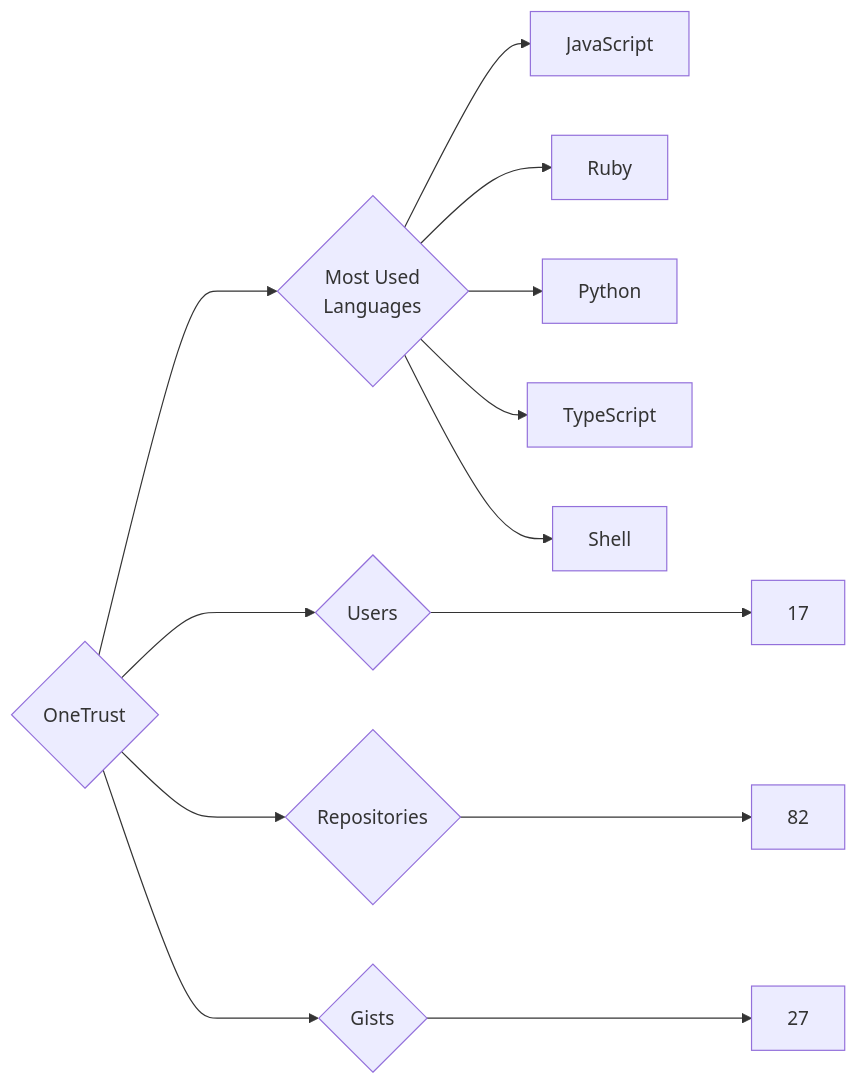
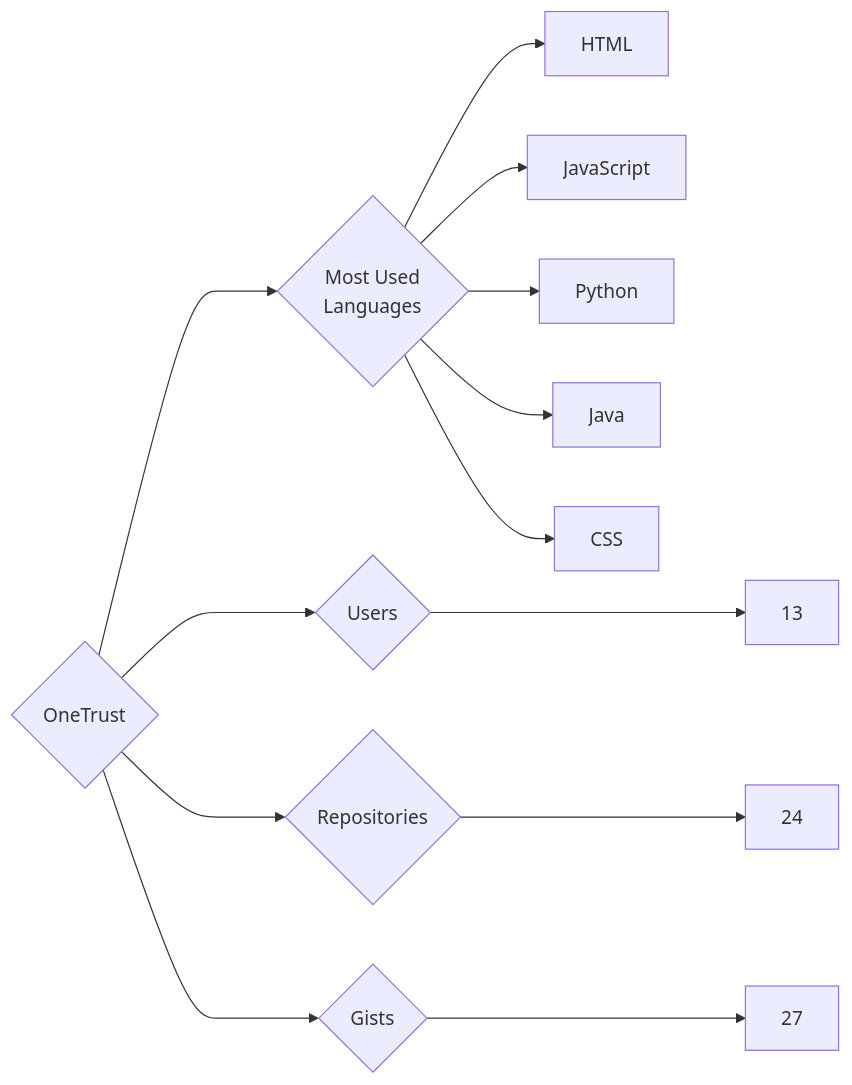
Before and after one commit to trickest/insiders: the diagram in targets/OneTrust/README.md, drawn with Mermaid. The commit also changed 681 other files, not shown here.

````diff
--- a/targets/OneTrust/README.md
+++ b/targets/OneTrust/README.md
@@ -3,13 +3,13 @@
 ```mermaid
 graph LR
 COMPANY_NAME{OneTrust}
-COMPANY_NAME ---> U{Users} ---> UN[17]
-COMPANY_NAME ---> R{Repositories} ---> RN[82]
+COMPANY_NAME ---> U{Users} ---> UN[13]
+COMPANY_NAME ---> R{Repositories} ---> RN[24]
 COMPANY_NAME ---> G{Gists} ---> GN[27]
 COMPANY_NAME ---> ML{Most Used<br>Languages}
+ML --> HTML[HTML]
 ML --> JavaScript[JavaScript]
-ML --> Ruby[Ruby]
 ML --> Python[Python]
-ML --> TypeScript[TypeScript]
-ML --> Shell[Shell]
+ML --> Java[Java]
+ML --> CSS[CSS]
 ```
````
